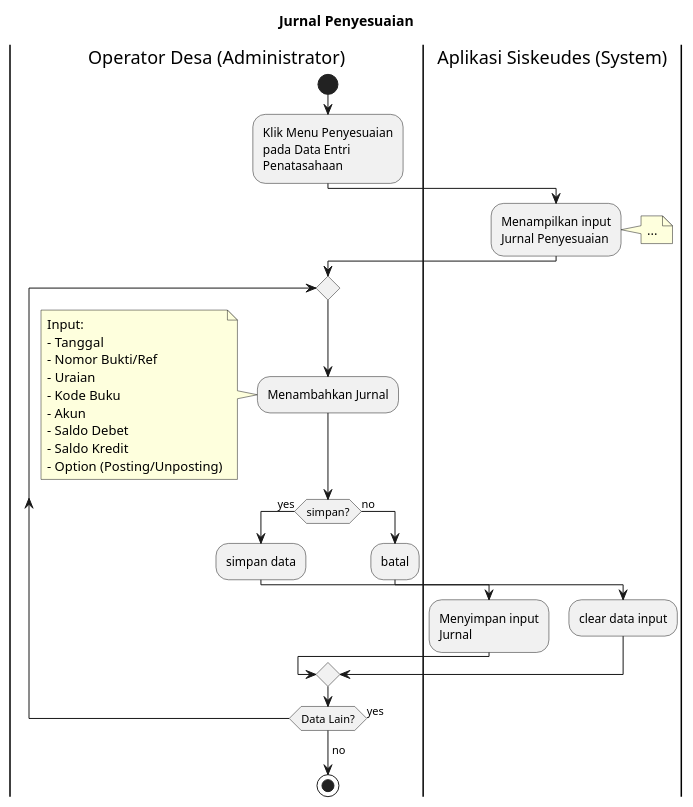
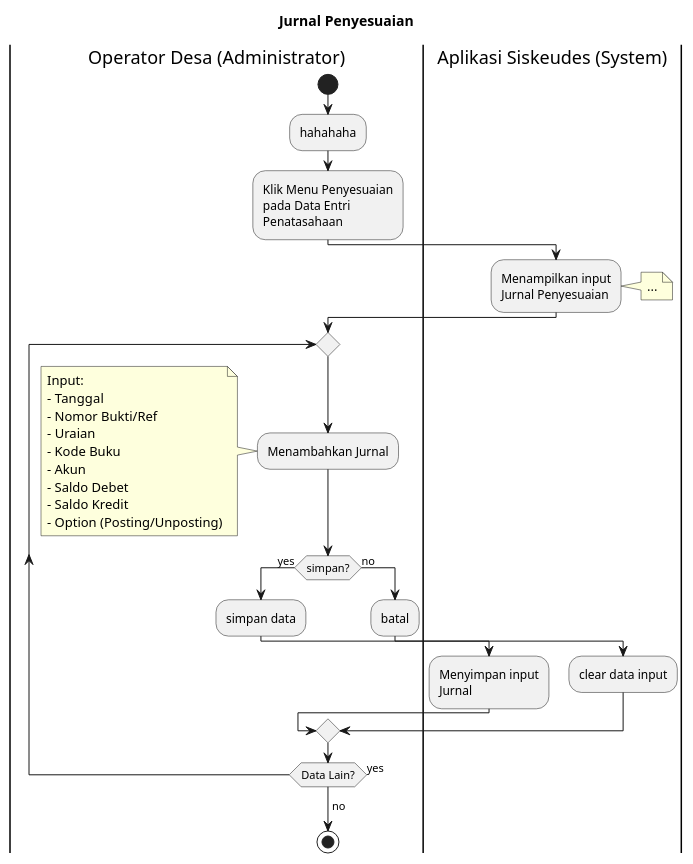
One commit to diancahyadi86/ProbisSiskudesWeb changed the diagram in Act Diagram/BUK1_Penyesuaian.puml. Above: the diagram before and after it, drawn with PlantUML. The commit also changed 1 other file, not shown here.

```diff
--- a/Act Diagram/BUK1_Penyesuaian.puml
+++ b/Act Diagram/BUK1_Penyesuaian.puml
@@ -1,48 +1,49 @@
 @startuml
 title "Jurnal Penyesuaian"
 |Operator Desa (Administrator)|
 start
+:hahahaha;
 :Klik Menu Penyesuaian
 pada Data Entri
 Penatasahaan;
 
 |Aplikasi Siskeudes (System)|
 :Menampilkan input
 Jurnal Penyesuaian;
 note right
 ...
 endnote
 |Operator Desa (Administrator)|
 repeat
     :Menambahkan Jurnal;
     note left
         Input:
         - Tanggal
         - Nomor Bukti/Ref
         - Uraian
         - Kode Buku
         - Akun
         - Saldo Debet
         - Saldo Kredit
         - Option (Posting/Unposting)
     end note
     if (simpan?) then (yes)
         :simpan data;
         |Aplikasi Siskeudes (System)|
         :Menyimpan input
         Jurnal;
 
     else (no)
         |Operator Desa (Administrator)|
         :batal;
         |Aplikasi Siskeudes (System)|
         :clear data input;
     endif
     |Operator Desa (Administrator)|
 repeat while (Data Lain?) is (yes)
 ->no;
 stop
 
 
 
 @enduml
```
